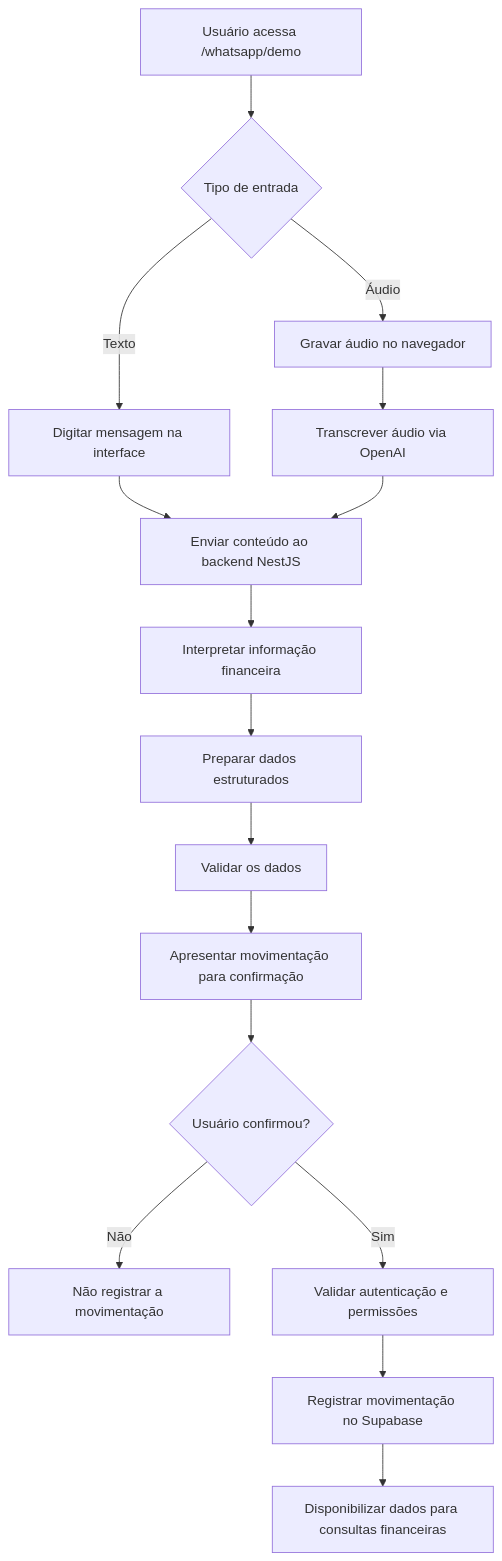
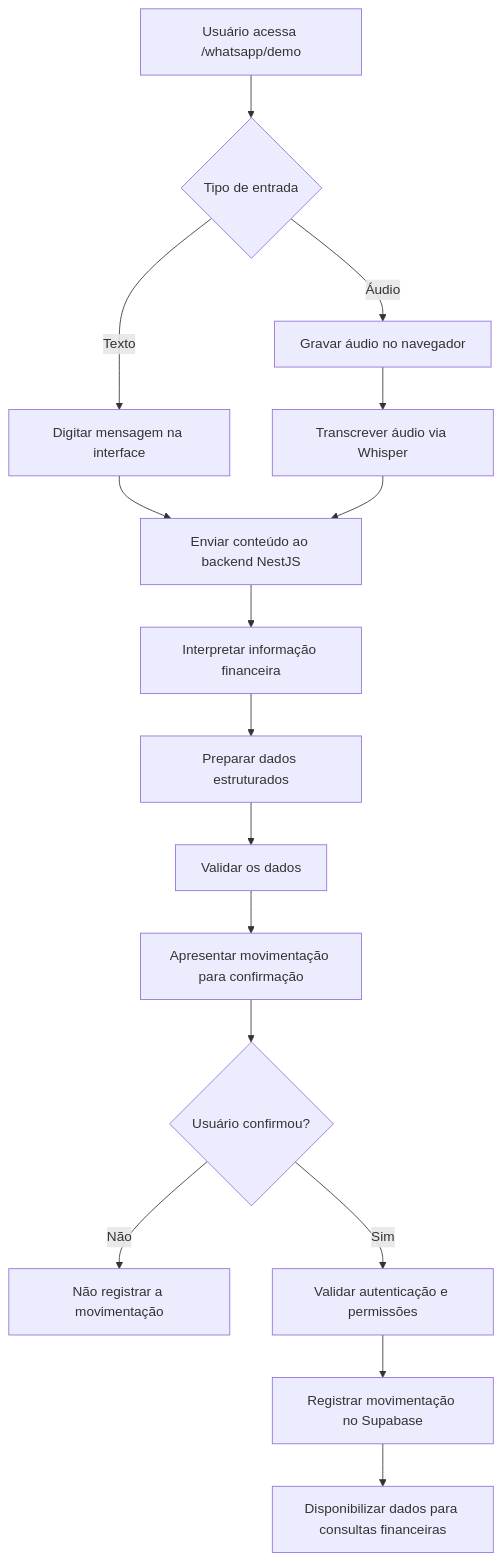
Before and after one commit to Rayck4dev/MetricsFlow_AI: the ninth of 12 diagrams in docs/produto/funcionalidades.md, drawn with Mermaid. The commit also changed other lines of this file and 23 other files, not shown here.

````diff
--- a/docs/produto/funcionalidades.md
+++ b/docs/produto/funcionalidades.md
@@ -427,22 +427,22 @@
 ```mermaid
 flowchart TD
     A["Usuário acessa /whatsapp/demo"] --> B{"Tipo de entrada"}
 
     B -->|Texto| C["Digitar mensagem na interface"]
     B -->|Áudio| D["Gravar áudio no navegador"]
-    D --> E["Transcrever áudio via OpenAI"]
+    D --> E["Transcrever áudio via Whisper"]
 
     C --> F["Enviar conteúdo ao backend NestJS"]
     E --> F
 
     F --> G["Interpretar informação financeira"]
     G --> H["Preparar dados estruturados"]
     H --> I["Validar os dados"]
     I --> J["Apresentar movimentação para confirmação"]
 
     J --> K{"Usuário confirmou?"}
     K -->|Não| L["Não registrar a movimentação"]
     K -->|Sim| M["Validar autenticação e permissões"]
     M --> N["Registrar movimentação no Supabase"]
     N --> O["Disponibilizar dados para consultas financeiras"]
 ```
````
